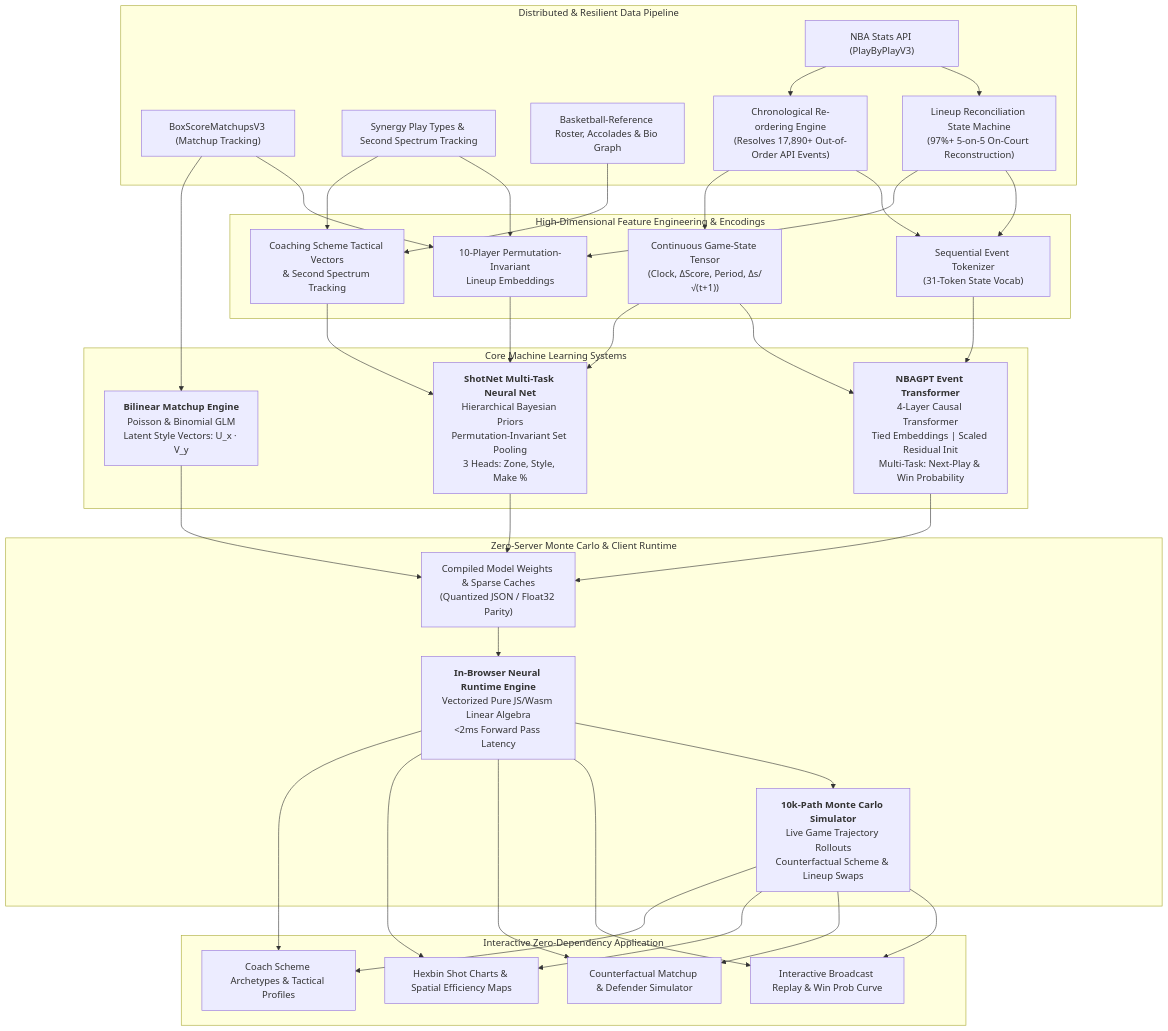
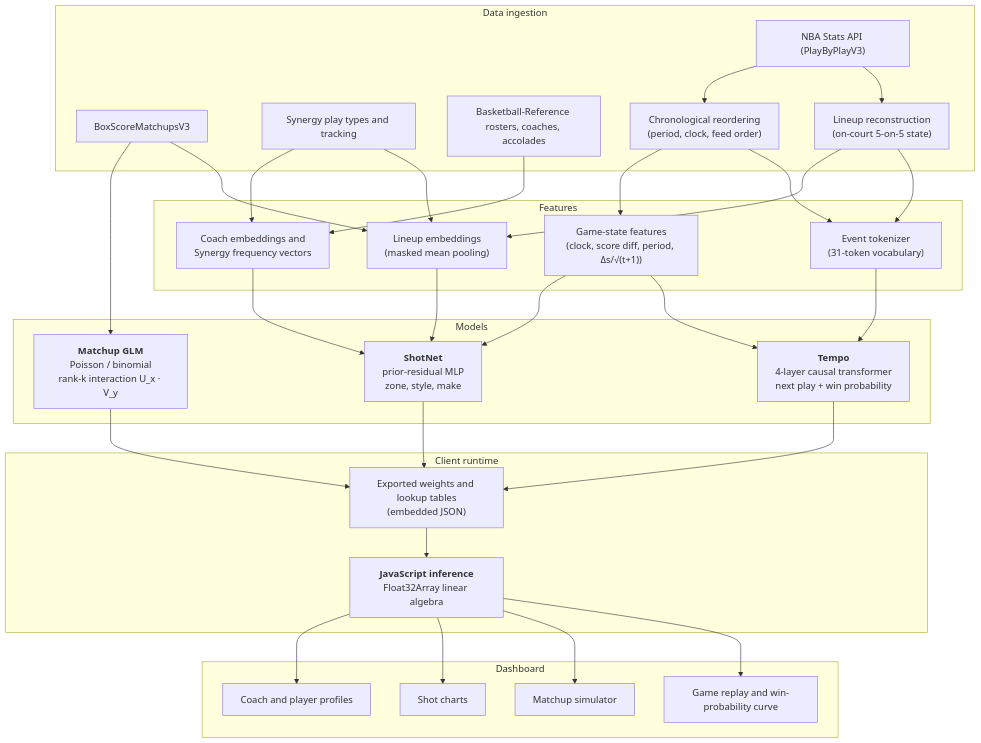
The diagram in README.md (kevit03/Homers), drawn with Mermaid before and after one commit. The commit also changed other lines of this file and 10 other files, not shown here.

````diff
--- a/README.md
+++ b/README.md
@@ -59,38 +55,37 @@
 ```mermaid
 flowchart TD
-    subgraph DataIngestion ["Distributed & Resilient Data Pipeline"]
+    subgraph DataIngestion ["Data ingestion"]
         A1["NBA Stats API (PlayByPlayV3)"]
-        A2["BoxScoreMatchupsV3 (Matchup Tracking)"]
-        A3["Synergy Play Types & Second Spectrum Tracking"]
-        A4["Basketball-Reference Roster, Accolades & Bio Graph"]
-        
-        A1 --> B1["Lineup Reconciliation State Machine<br/>(97%+ 5-on-5 On-Court Reconstruction)"]
-        A1 --> B2["Chronological Re-ordering Engine<br/>(Resolves 17,890+ Out-of-Order API Events)"]
+        A2["BoxScoreMatchupsV3"]
+        A3["Synergy play types and tracking"]
+        A4["Basketball-Reference rosters, coaches, accolades"]
+
+        A1 --> B1["Lineup reconstruction<br/>(on-court 5-on-5 state)"]
+        A1 --> B2["Chronological reordering<br/>(period, clock, feed order)"]
     end
 
-    subgraph FeatureStore ["High-Dimensional Feature Engineering & Encodings"]
-        B1 & B2 --> C1["Sequential Event Tokenizer<br/>(31-Token State Vocab)"]
-        B1 & A2 & A3 --> C2["10-Player Permutation-Invariant<br/>Lineup Embeddings"]
-        A3 & A4 --> C3["Coaching Scheme Tactical Vectors<br/>& Second Spectrum Tracking"]
-        B2 --> C4["Continuous Game-State Tensor<br/>(Clock, ΔScore, Period, Δs/√(t+1))"]
+    subgraph Features ["Features"]
+        B1 & B2 --> C1["Event tokenizer<br/>(31-token vocabulary)"]
+        B1 & A2 & A3 --> C2["Lineup embeddings<br/>(masked mean pooling)"]
+        A3 & A4 --> C3["Coach embeddings and<br/>Synergy frequency vectors"]
+        B2 --> C4["Game-state features<br/>(clock, score diff, period, Δs/√(t+1))"]
     end
 
-    subgraph ModelLayer ["Core Machine Learning Systems"]
-        C1 & C4 --> D1["<b>NBAGPT Event Transformer</b><br/>4-Layer Causal Transformer<br/>Tied Embeddings | Scaled Residual Init<br/>Multi-Task: Next-Play & Win Probability"]
-        C2 & C3 & C4 --> D2["<b>ShotNet Multi-Task Neural Net</b><br/>Hierarchical Bayesian Priors<br/>Permutation-Invariant Set Pooling<br/>3 Heads: Zone, Style, Make %"]
-        A2 --> D3["<b>Bilinear Matchup Engine</b><br/>Poisson & Binomial GLM<br/>Latent Style Vectors: U_x · V_y"]
+    subgraph Models ["Models"]
+        C1 & C4 --> D1["<b>Tempo</b><br/>4-layer causal transformer<br/>next play + win probability"]
+        C2 & C3 & C4 --> D2["<b>ShotNet</b><br/>prior-residual MLP<br/>zone, style, make"]
+        A2 --> D3["<b>Matchup GLM</b><br/>Poisson / binomial<br/>rank-k interaction U_x · V_y"]
     end
 
-    subgraph SimulationRuntime ["Zero-Server Monte Carlo & Client Runtime"]
-        D1 & D2 & D3 --> E1["Compiled Model Weights & Sparse Caches<br/>(Quantized JSON / Float32 Parity)"]
-        E1 --> E2["<b>In-Browser Neural Runtime Engine</b><br/>Vectorized Pure JS/Wasm Linear Algebra<br/>&lt;2ms Forward Pass Latency"]
-        E2 --> E3["<b>10k-Path Monte Carlo Simulator</b><br/>Live Game Trajectory Rollouts<br/>Counterfactual Scheme & Lineup Swaps"]
+    subgraph Runtime ["Client runtime"]
+        D1 & D2 & D3 --> E1["Exported weights and lookup tables<br/>(embedded JSON)"]
+        E1 --> E2["<b>JavaScript inference</b><br/>Float32Array linear algebra"]
     end
 
-    subgraph ClientUI ["Interactive Zero-Dependency Application"]
-        E2 & E3 --> F1["Interactive Broadcast Replay & Win Prob Curve"]
-        E2 & E3 --> F2["Counterfactual Matchup & Defender Simulator"]
-        E2 & E3 --> F3["Hexbin Shot Charts & Spatial Efficiency Maps"]
-        E2 & E3 --> F4["Coach Scheme Archetypes & Tactical Profiles"]
+    subgraph UI ["Dashboard"]
+        E2 --> F1["Game replay and win-probability curve"]
+        E2 --> F2["Matchup simulator"]
+        E2 --> F3["Shot charts"]
+        E2 --> F4["Coach and player profiles"]
     end
 ```
````
